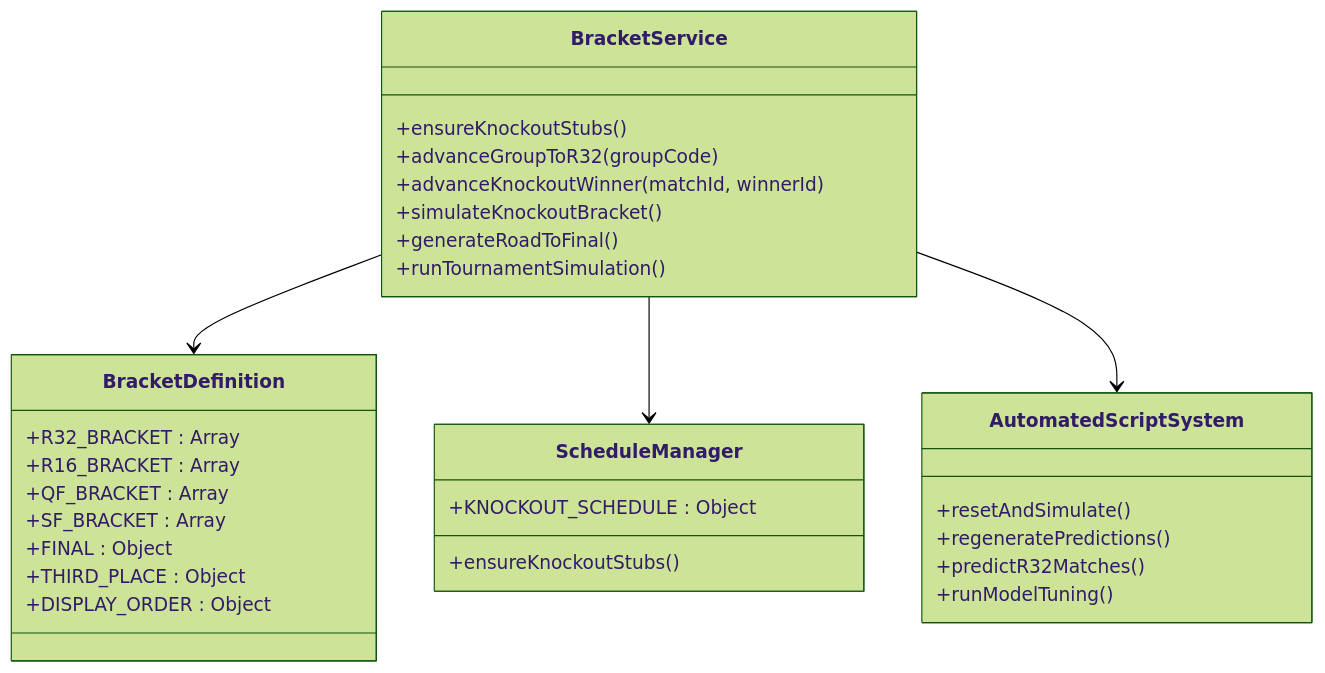
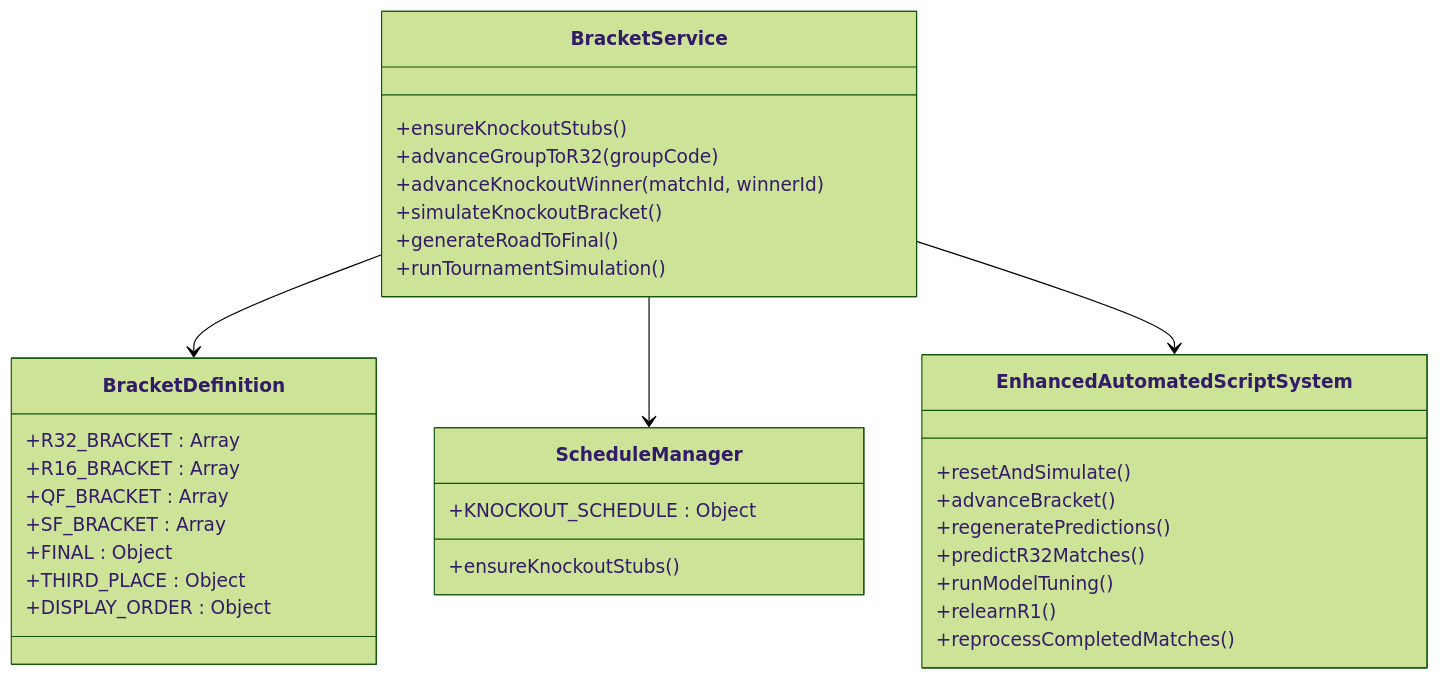
Before and after one commit to cheesiong/WC26-qwen: the fourth of 10 diagrams in .qoder/repowiki/en/content/Tournament Management/Bracket Service.md, drawn with Mermaid (forest theme). The commit also changed other lines of this file and 4 other files, not shown here.

````diff
--- a/.qoder/repowiki/en/content/Tournament Management/Bracket Service.md
+++ b/.qoder/repowiki/en/content/Tournament Management/Bracket Service.md
@@ -312,33 +362,36 @@
 ```mermaid
 classDiagram
 class BracketService {
 +ensureKnockoutStubs()
 +advanceGroupToR32(groupCode)
 +advanceKnockoutWinner(matchId, winnerId)
 +simulateKnockoutBracket()
 +generateRoadToFinal()
 +runTournamentSimulation()
 }
 class BracketDefinition {
 +R32_BRACKET : Array
 +R16_BRACKET : Array
 +QF_BRACKET : Array
 +SF_BRACKET : Array
 +FINAL : Object
 +THIRD_PLACE : Object
 +DISPLAY_ORDER : Object
 }
 class ScheduleManager {
 +KNOCKOUT_SCHEDULE : Object
 +ensureKnockoutStubs()
 }
-class AutomatedScriptSystem {
+class EnhancedAutomatedScriptSystem {
 +resetAndSimulate()
++advanceBracket()
 +regeneratePredictions()
 +predictR32Matches()
 +runModelTuning()
++relearnR1()
++reprocessCompletedMatches()
 }
 BracketService --> BracketDefinition
 BracketService --> ScheduleManager
-BracketService --> AutomatedScriptSystem
+BracketService --> EnhancedAutomatedScriptSystem
 ```
````
